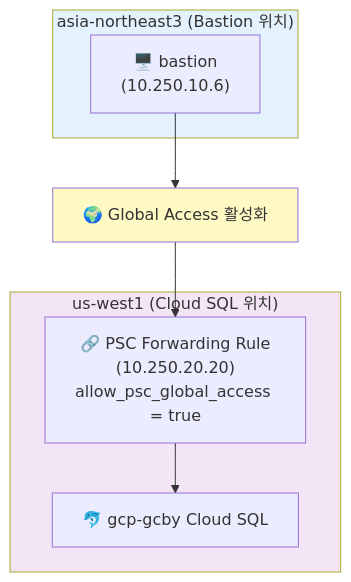
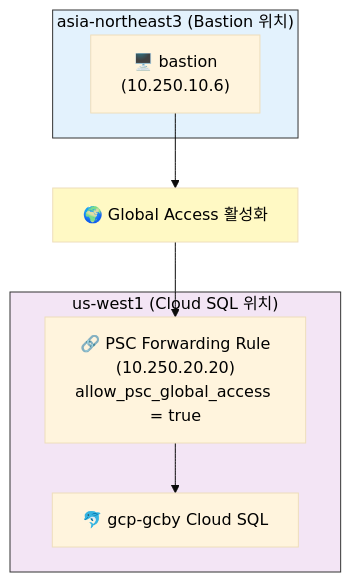
The eighth of 9 diagrams in terraform_gcp_infra/docs/architecture/network-design.md (JSJ2337/GCP_terraform_code), drawn with Mermaid before and after one commit. The commit also changed other lines of this file and 5 other files, not shown here.

First line of the commit message:
style: Mermaid 다이어그램 제목 가독성 개선

````diff
--- a/terraform_gcp_infra/docs/architecture/network-design.md
+++ b/terraform_gcp_infra/docs/architecture/network-design.md
@@ -1043,21 +1054,22 @@
 ```mermaid
+%%{init: {'theme': 'base', 'themeVariables': { 'primaryTextColor': '#000000', 'clusterBkg': '#ffffff', 'clusterBorder': '#333333' }}}%%
 flowchart TB
     subgraph ASIA["asia-northeast3 (Bastion 위치)"]
         BASTION_G["🖥️ bastion<br/>(10.250.10.6)"]
     end
 
     GLOBAL["🌍 Global Access 활성화"]
 
     subgraph USWEST["us-west1 (Cloud SQL 위치)"]
         PSC_FR["🔗 PSC Forwarding Rule<br/>(10.250.20.20)<br/>allow_psc_global_access = true"]
         SQL_G["🐬 gcp-gcby Cloud SQL"]
     end
 
     BASTION_G --> GLOBAL
     GLOBAL --> PSC_FR
     PSC_FR --> SQL_G
 
-    style ASIA fill:#e3f2fd
-    style USWEST fill:#f3e5f5
+    style ASIA fill:#e3f2fd,color:#000000
+    style USWEST fill:#f3e5f5,color:#000000
     style GLOBAL fill:#fff9c4
 ```
````
